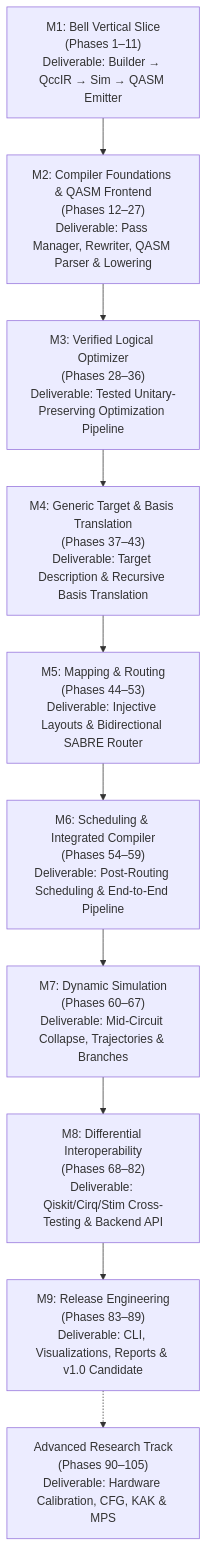
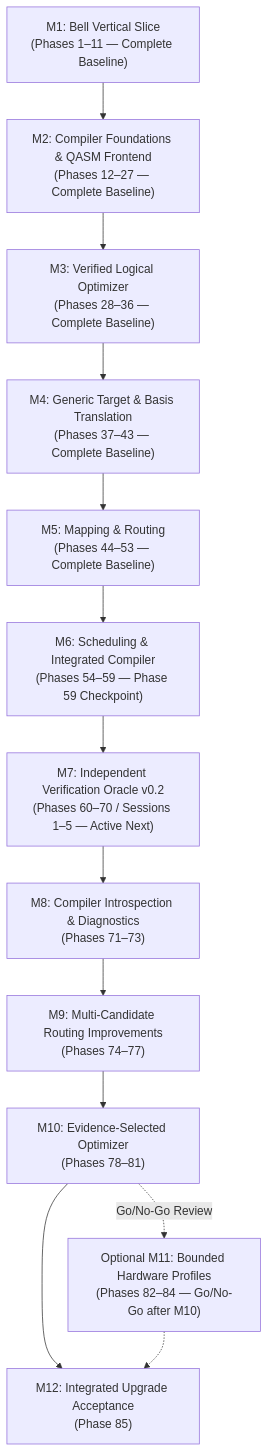
One commit to 000jitendra000/QCC_Quantum_Circuit_Compiler changed the diagram in docs/07-milestones-and-critical-path.md. Above: the diagram before and after it, drawn with Mermaid. The commit also changed other lines of this file and 23 other files, not shown here.

Commit message:
docs: synchronize repository docs, roadmap, and agent instructions with v3.1

````diff
--- a/docs/07-milestones-and-critical-path.md
+++ b/docs/07-milestones-and-critical-path.md
@@ -15,16 +20,20 @@
 ```mermaid
 flowchart TD
-    M1["M1: Bell Vertical Slice\n(Phases 1–11)\nDeliverable: Builder → QccIR → Sim → QASM Emitter"]
-    M2["M2: Compiler Foundations & QASM Frontend\n(Phases 12–27)\nDeliverable: Pass Manager, Rewriter, QASM Parser & Lowering"]
-    M3["M3: Verified Logical Optimizer\n(Phases 28–36)\nDeliverable: Tested Unitary-Preserving Optimization Pipeline"]
-    M4["M4: Generic Target & Basis Translation\n(Phases 37–43)\nDeliverable: Target Description & Recursive Basis Translation"]
-    M5["M5: Mapping & Routing\n(Phases 44–53)\nDeliverable: Injective Layouts & Bidirectional SABRE Router"]
-    M6["M6: Scheduling & Integrated Compiler\n(Phases 54–59)\nDeliverable: Post-Routing Scheduling & End-to-End Pipeline"]
-    M7["M7: Dynamic Simulation\n(Phases 60–67)\nDeliverable: Mid-Circuit Collapse, Trajectories & Branches"]
-    M8["M8: Differential Interoperability\n(Phases 68–82)\nDeliverable: Qiskit/Cirq/Stim Cross-Testing & Backend API"]
-    M9["M9: Release Engineering\n(Phases 83–89)\nDeliverable: CLI, Visualizations, Reports & v1.0 Candidate"]
-    Res["Advanced Research Track\n(Phases 90–105)\nDeliverable: Hardware Calibration, CFG, KAK & MPS"]
+    M1["M1: Bell Vertical Slice\n(Phases 1–11 — Complete Baseline)"]
+    M2["M2: Compiler Foundations & QASM Frontend\n(Phases 12–27 — Complete Baseline)"]
+    M3["M3: Verified Logical Optimizer\n(Phases 28–36 — Complete Baseline)"]
+    M4["M4: Generic Target & Basis Translation\n(Phases 37–43 — Complete Baseline)"]
+    M5["M5: Mapping & Routing\n(Phases 44–53 — Complete Baseline)"]
+    M6["M6: Scheduling & Integrated Compiler\n(Phases 54–59 — Phase 59 Checkpoint)"]
+    M7["M7: Independent Verification Oracle v0.2\n(Phases 60–70 / Sessions 1–5 — Active Next)"]
+    M8["M8: Compiler Introspection & Diagnostics\n(Phases 71–73)"]
+    M9["M9: Multi-Candidate Routing Improvements\n(Phases 74–77)"]
+    M10["M10: Evidence-Selected Optimizer\n(Phases 78–81)"]
+    M11["Optional M11: Bounded Hardware Profiles\n(Phases 82–84 — Go/No-Go after M10)"]
+    M12["M12: Integrated Upgrade Acceptance\n(Phase 85)"]
 
-    M1 --> M2 --> M3 --> M4 --> M5 --> M6 --> M7 --> M8 --> M9
-    M9 -.-> Res
+    M1 --> M2 --> M3 --> M4 --> M5 --> M6 --> M7 --> M8 --> M9 --> M10
+    M10 -.->|"Go/No-Go Review"| M11
+    M10 --> M12
+    M11 -.-> M12
 ```
````
